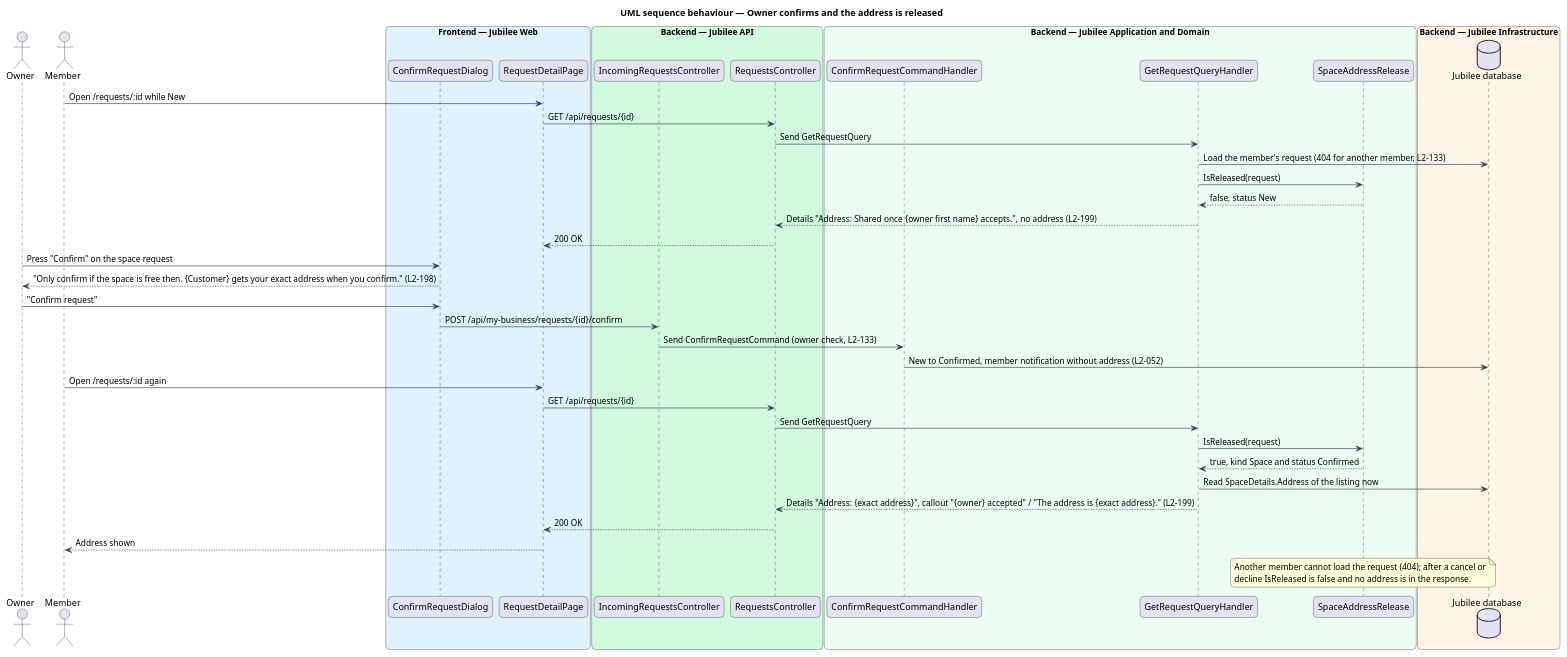
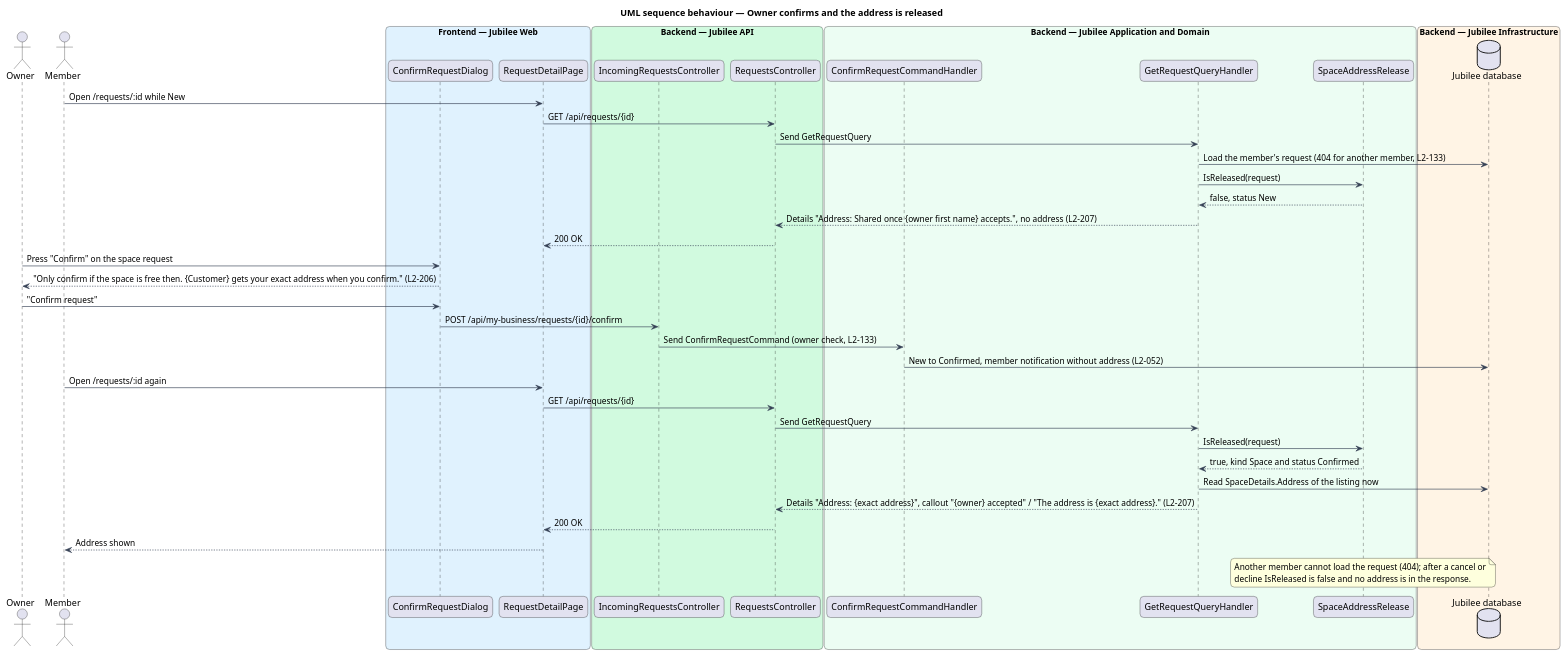
One commit to QuinntyneBrown/jubilee changed the diagram in docs/detailed-designs/requests/request-space/diagrams/sequence-confirm-and-release.puml. Above: the diagram before and after it, drawn with PlantUML. The commit also changed 176 other files, not shown here.

```diff
--- a/docs/detailed-designs/requests/request-space/diagrams/sequence-confirm-and-release.puml
+++ b/docs/detailed-designs/requests/request-space/diagrams/sequence-confirm-and-release.puml
@@ -1,62 +1,62 @@
 @startuml
 title UML sequence behaviour — Owner confirms and the address is released
 skinparam backgroundColor #FFFFFF
 skinparam shadowing false
 skinparam roundcorner 12
 skinparam defaultFontName Arial
 skinparam ArrowColor #344054
 skinparam rectangle {
   BorderColor #344054
   FontColor #101828
 }
 skinparam package {
   BorderColor #667085
   FontColor #101828
   BackgroundColor #F9FAFB
 }
 actor "Owner" as owner
 actor "Member" as member
 box "Frontend — Jubilee Web" #E0F2FE
   participant "ConfirmRequestDialog" as confirm
   participant "RequestDetailPage" as detail
 end box
 box "Backend — Jubilee API" #D1FADF
   participant "IncomingRequestsController" as incoming
   participant "RequestsController" as requests
 end box
 box "Backend — Jubilee Application and Domain" #ECFDF3
   participant "ConfirmRequestCommandHandler" as confirmh
   participant "GetRequestQueryHandler" as get
   participant "SpaceAddressRelease" as release
 end box
 box "Backend — Jubilee Infrastructure" #FFF4E5
   database "Jubilee database" as db
 end box
 member -> detail : Open /requests/:id while New
 detail -> requests : GET /api/requests/{id}
 requests -> get : Send GetRequestQuery
 get -> db : Load the member's request (404 for another member, L2-133)
 get -> release : IsReleased(request)
 release --> get : false, status New
-get --> requests : Details "Address: Shared once {owner first name} accepts.", no address (L2-199)
+get --> requests : Details "Address: Shared once {owner first name} accepts.", no address (L2-207)
 requests --> detail : 200 OK
 owner -> confirm : Press "Confirm" on the space request
-confirm --> owner : "Only confirm if the space is free then. {Customer} gets your exact address when you confirm." (L2-198)
+confirm --> owner : "Only confirm if the space is free then. {Customer} gets your exact address when you confirm." (L2-206)
 owner -> confirm : "Confirm request"
 confirm -> incoming : POST /api/my-business/requests/{id}/confirm
 incoming -> confirmh : Send ConfirmRequestCommand (owner check, L2-133)
 confirmh -> db : New to Confirmed, member notification without address (L2-052)
 member -> detail : Open /requests/:id again
 detail -> requests : GET /api/requests/{id}
 requests -> get : Send GetRequestQuery
 get -> release : IsReleased(request)
 release --> get : true, kind Space and status Confirmed
 get -> db : Read SpaceDetails.Address of the listing now
-get --> requests : Details "Address: {exact address}", callout "{owner} accepted" / "The address is {exact address}." (L2-199)
+get --> requests : Details "Address: {exact address}", callout "{owner} accepted" / "The address is {exact address}." (L2-207)
 requests --> detail : 200 OK
 detail --> member : Address shown
 note over release
   Another member cannot load the request (404); after a cancel or
   decline IsReleased is false and no address is in the response.
 end note
 @enduml
```
